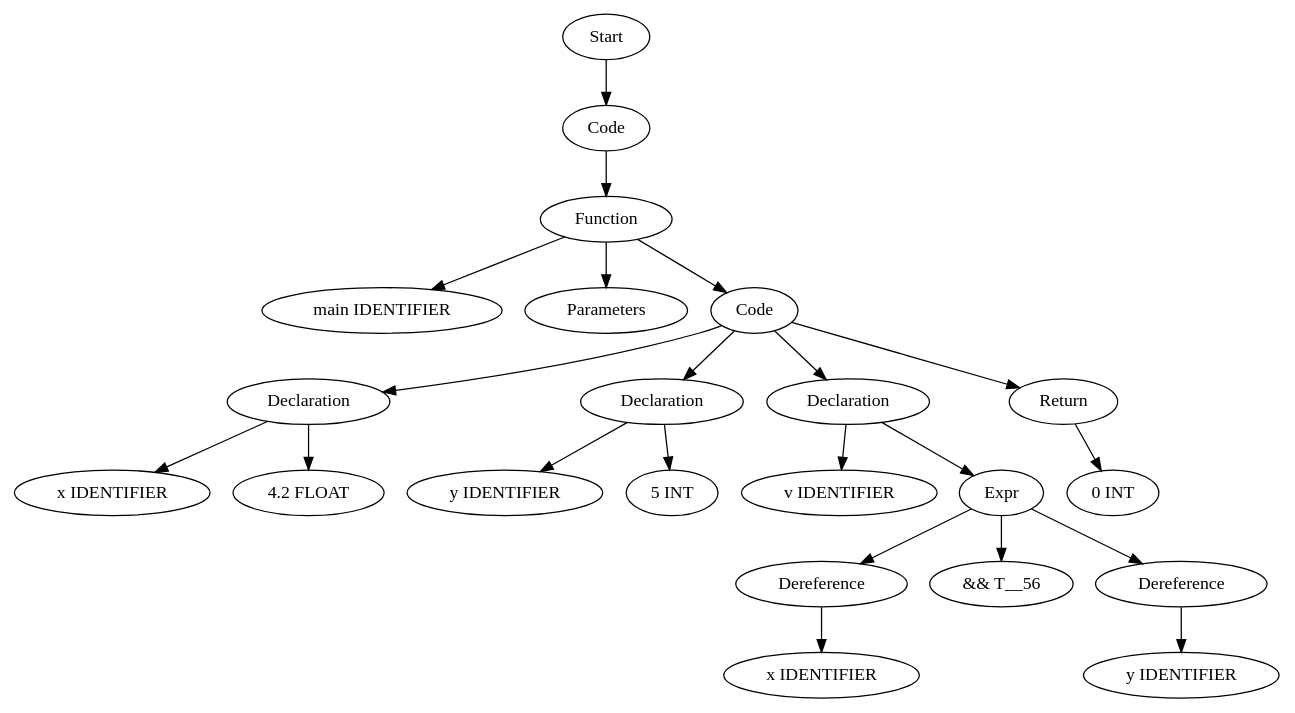
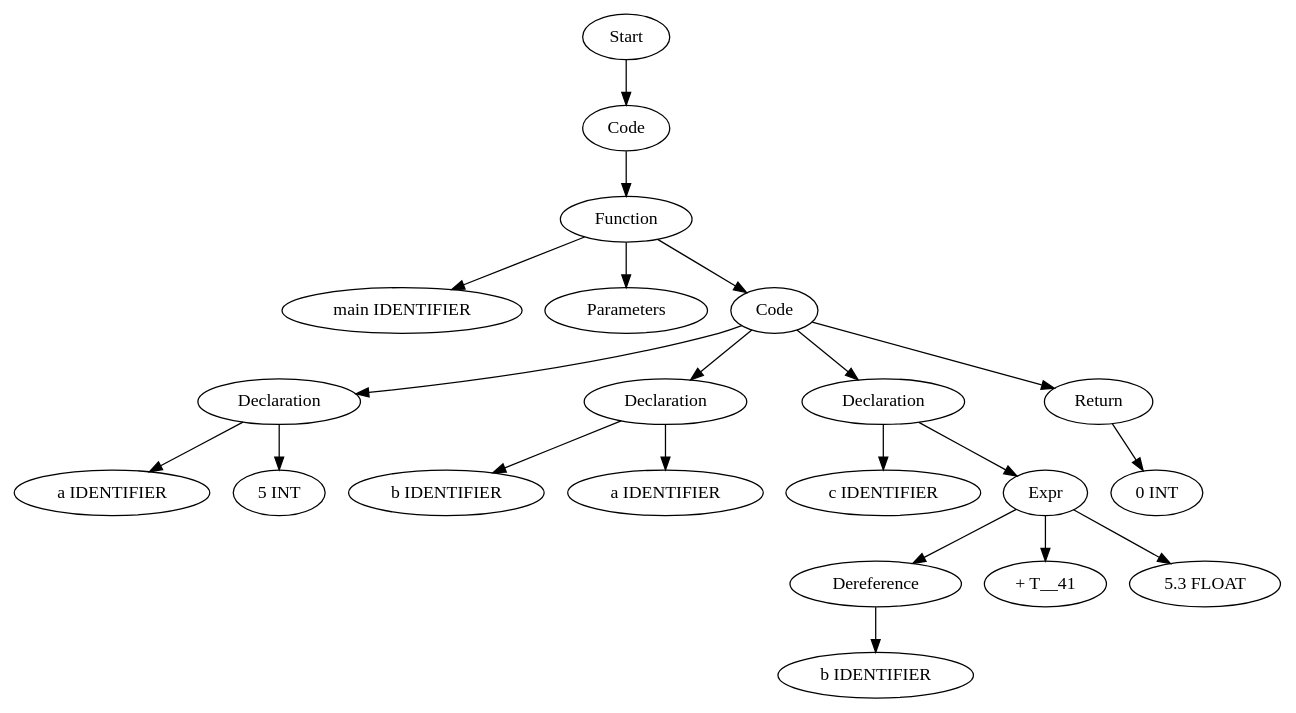
One commit to Are-you-listening/Compilers changed the diagram in TestCases/ASTTests/ConversionTests/createTests/read_file_before.dot. Above: the diagram before and after it, drawn with Graphviz. The commit also changed 280 other files, not shown here.

```diff
--- a/TestCases/ASTTests/ConversionTests/createTests/read_file_before.dot
+++ b/TestCases/ASTTests/ConversionTests/createTests/read_file_before.dot
@@ -1,45 +1,43 @@
 digraph AST {
-  "126630981605648" [label="Start"];
-  "126630981605648" -> "126630981604736";
-  "126630981604736" [label="Code"];
-  "126630981604736" -> "126630981611744";
-  "126630981611744" [label="Function"];
-  "126630981611744" -> "126630981611456";
-  "126630981611744" -> "126630981613040";
-  "126630981611744" -> "126630981604064";
-  "126630981611456" [label="main IDENTIFIER"];
-  "126630981613040" [label="Parameters"];
-  "126630981604064" [label="Code"];
-  "126630981604064" -> "126630981654992";
-  "126630981604064" -> "126630981652256";
-  "126630981604064" -> "126630981655040";
-  "126630981604064" -> "126630981652304";
-  "126630981654992" [label="Declaration"];
-  "126630981654992" -> "126630981649424";
-  "126630981654992" -> "126630981656144";
-  "126630981649424" [label="x IDENTIFIER"];
-  "126630981656144" [label="4.2 FLOAT"];
-  "126630981652256" [label="Declaration"];
-  "126630981652256" -> "126630981657776";
-  "126630981652256" -> "126630981650144";
-  "126630981657776" [label="y IDENTIFIER"];
-  "126630981650144" [label="5 INT"];
-  "126630981655040" [label="Declaration"];
-  "126630981655040" -> "126630981662624";
-  "126630981655040" -> "126630981657392";
-  "126630981662624" [label="v IDENTIFIER"];
-  "126630981657392" [label="Expr"];
-  "126630981657392" -> "126630981659264";
-  "126630981657392" -> "126630981648848";
-  "126630981657392" -> "126630981657920";
-  "126630981659264" [label="Dereference"];
-  "126630981659264" -> "126630981662288";
-  "126630981662288" [label="x IDENTIFIER"];
-  "126630981648848" [label="&& T__56"];
-  "126630981657920" [label="Dereference"];
-  "126630981657920" -> "126630981657248";
-  "126630981657248" [label="y IDENTIFIER"];
-  "126630981652304" [label="Return"];
-  "126630981652304" -> "126630981662144";
-  "126630981662144" [label="0 INT"];
+  "125125156666864" [label="Start"];
+  "125125156666864" -> "125125156657696";
+  "125125156657696" [label="Code"];
+  "125125156657696" -> "125125156659088";
+  "125125156659088" [label="Function"];
+  "125125156659088" -> "125125156662928";
+  "125125156659088" -> "125125156655872";
+  "125125156659088" -> "125125156659136";
+  "125125156662928" [label="main IDENTIFIER"];
+  "125125156655872" [label="Parameters"];
+  "125125156659136" [label="Code"];
+  "125125156659136" -> "125125156652704";
+  "125125156659136" -> "125125156658704";
+  "125125156659136" -> "125125156582880";
+  "125125156659136" -> "125125156570352";
+  "125125156652704" [label="Declaration"];
+  "125125156652704" -> "125125156657792";
+  "125125156652704" -> "125125156652320";
+  "125125156657792" [label="a IDENTIFIER"];
+  "125125156652320" [label="5 INT"];
+  "125125156658704" [label="Declaration"];
+  "125125156658704" -> "125125156653040";
+  "125125156658704" -> "125125156569296";
+  "125125156653040" [label="b IDENTIFIER"];
+  "125125156569296" [label="a IDENTIFIER"];
+  "125125156582880" [label="Declaration"];
+  "125125156582880" -> "125125156579136";
+  "125125156582880" -> "125125156575008";
+  "125125156579136" [label="c IDENTIFIER"];
+  "125125156575008" [label="Expr"];
+  "125125156575008" -> "125125156658368";
+  "125125156575008" -> "125125156583168";
+  "125125156575008" -> "125125156577744";
+  "125125156658368" [label="Dereference"];
+  "125125156658368" -> "125125156578944";
+  "125125156578944" [label="b IDENTIFIER"];
+  "125125156583168" [label="+ T__41"];
+  "125125156577744" [label="5.3 FLOAT"];
+  "125125156570352" [label="Return"];
+  "125125156570352" -> "125125156579088";
+  "125125156579088" [label="0 INT"];
 }
```
